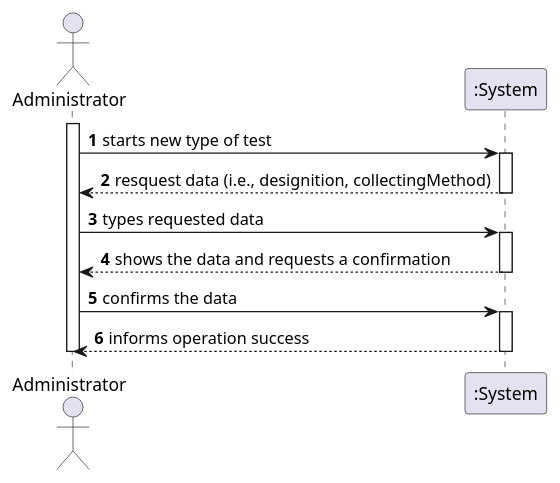
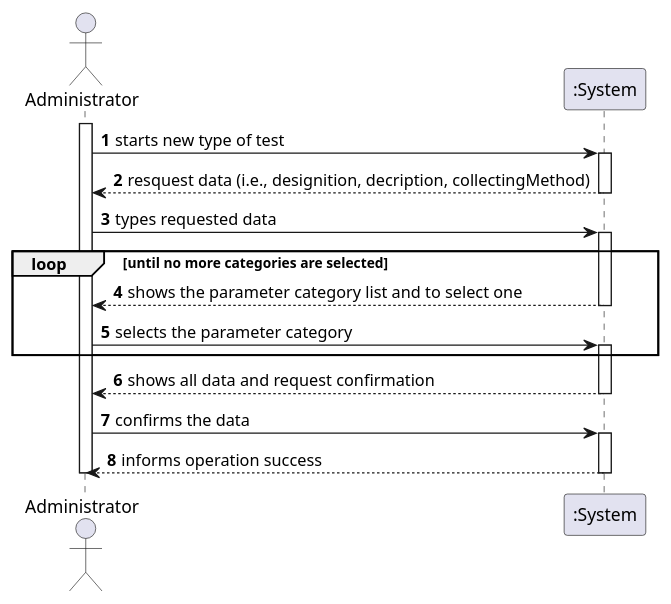
The diagram in docs/SprintB/US_9/UC9_SSD.puml (RuiRioPina/LAPR2-20-21), drawn with PlantUML before and after one commit. The commit also changed 8 other files, not shown here.

```diff
--- a/docs/SprintB/US_9/UC9_SSD.puml
+++ b/docs/SprintB/US_9/UC9_SSD.puml
@@ -1,22 +1,29 @@
 @startuml
 autonumber
 actor "Administrator" as ADMIN
 
 activate ADMIN
 ADMIN-> ":System" : starts new type of test 
 activate ":System"
-":System" --> ADMIN : resquest data (i.e., designition, collectingMethod)
+":System" --> ADMIN : resquest data (i.e., designition, decription, collectingMethod)
 deactivate ":System"
 
 ADMIN -> ":System" : types requested data
 activate ":System"
-":System" --> ADMIN : shows the data and requests a confirmation
+loop until no more categories are selected
+	":System" --> ADMIN : shows the parameter category list and to select one
+	deactivate ":System"
+
+	ADMIN -> ":System" : selects the parameter category
+	activate ":System"
+end
+":System" --> ADMIN : shows all data and request confirmation 
 deactivate ":System"
 
 ADMIN -> ":System" : confirms the data
 activate ":System"
-":System" --> ADMIN : informs operation success
+":System" --> ADMIN : informs operation success 
 deactivate ":System"
 
 deactivate ADMIN
 @enduml
```
